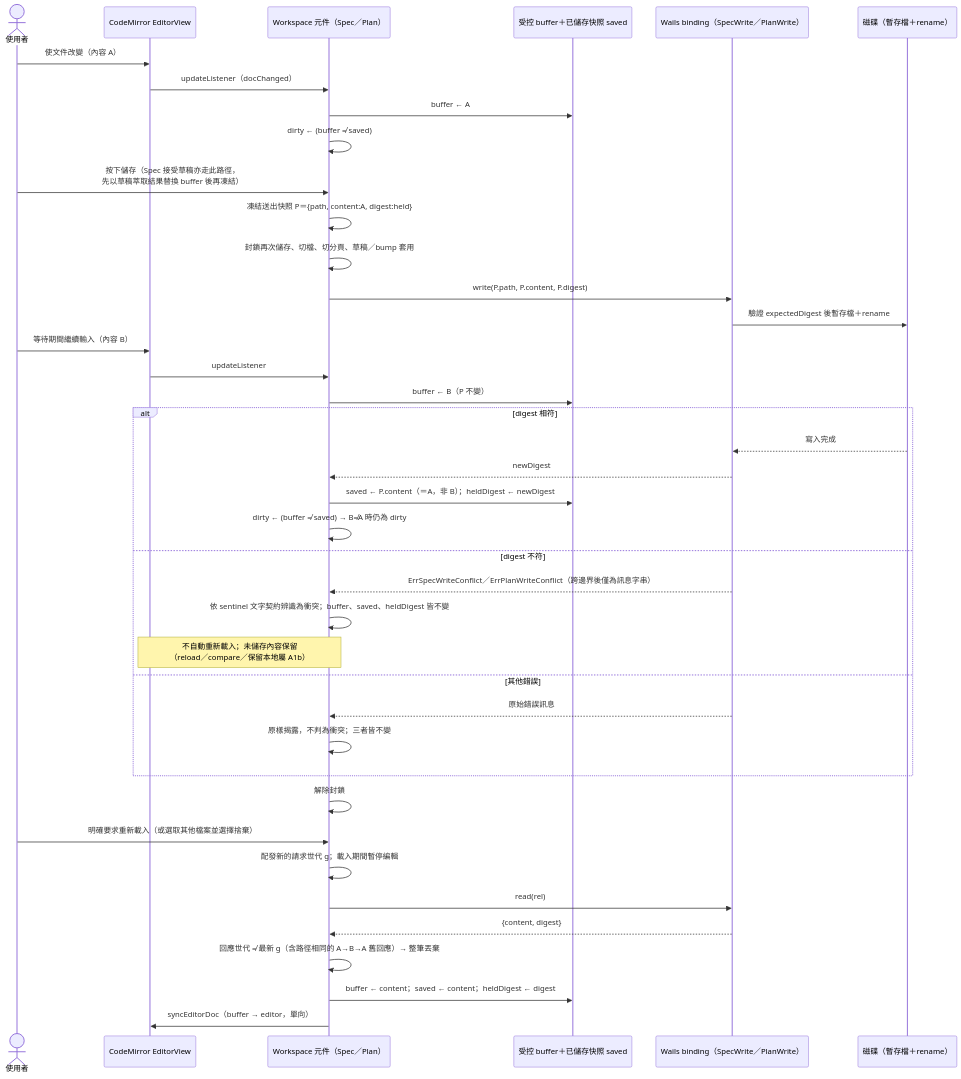
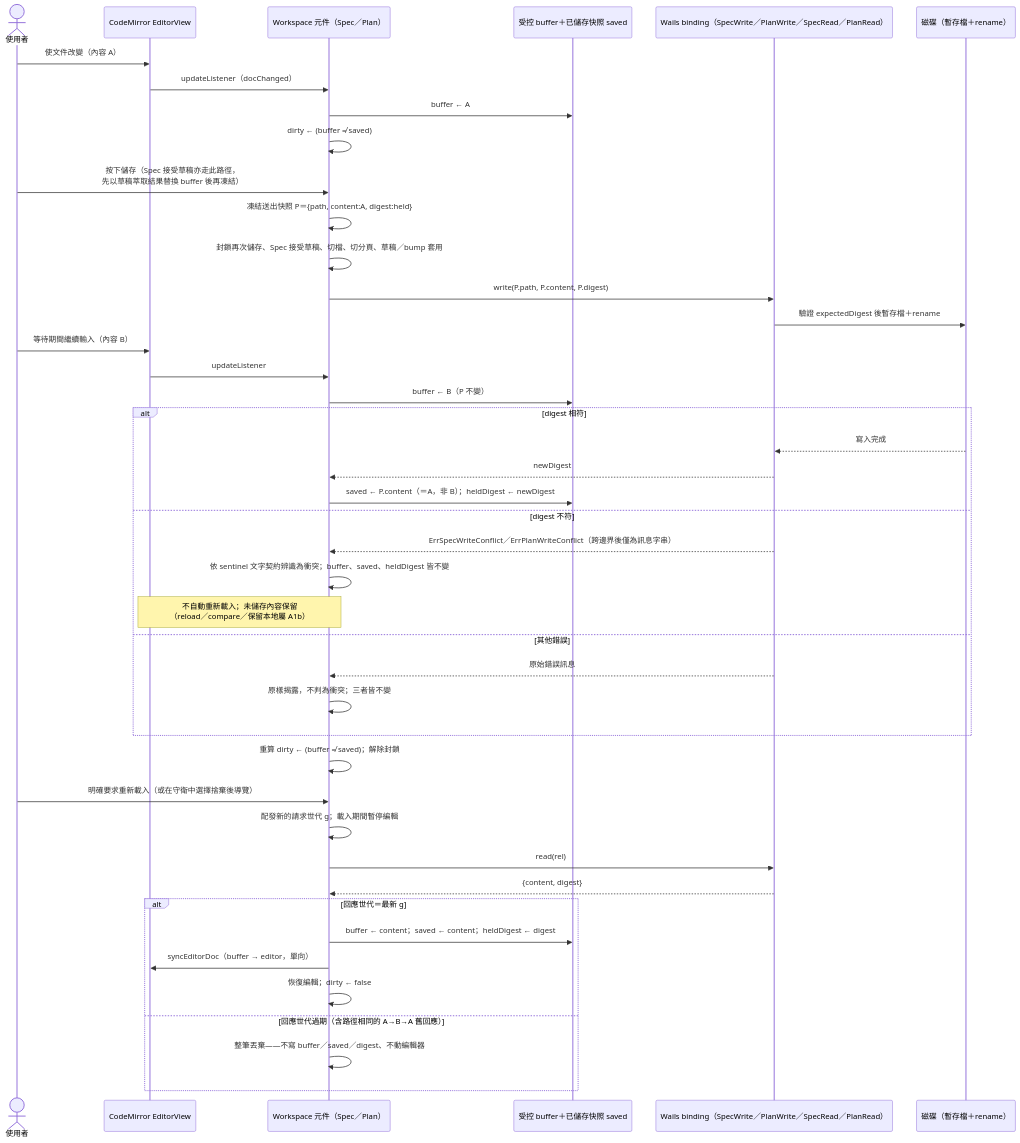
Before and after one commit to slam0504/ai-software-engineering: the diagram in docs/architecture/diagrams/a1a-seq-save.mmd, drawn with Mermaid. The commit also changed 4 other files, not shown here.

First line of the commit message:
docs(a1a): rev4 窄幅修正——bump 兩層規則與專屬訊息、兩張圖與契約對齊、D6 撤除舊數字；backlog rev31 回填核定估點

```diff
--- a/docs/architecture/diagrams/a1a-seq-save.mmd
+++ b/docs/architecture/diagrams/a1a-seq-save.mmd
@@ -1,47 +1,50 @@
 sequenceDiagram
-  %% A1a rev3：真實輸入 → 儲存（含等待期間繼續輸入）→ 衝突分支 → 重新載入（請求世代）
+  %% A1a rev4：真實輸入 → 儲存（含等待期間繼續輸入）→ 衝突分支 → 重新載入（請求世代）
   %% Spec acceptDraft 走同一條寫入路徑：先以草稿萃取結果替換 buffer，該內容即為送出快照 P
   actor U as 使用者
   participant CM as CodeMirror EditorView
   participant C as Workspace 元件（Spec／Plan）
   participant B as 受控 buffer＋已儲存快照 saved
-  participant W as Wails binding（SpecWrite／PlanWrite）
+  participant W as Wails binding（SpecWrite／PlanWrite／SpecRead／PlanRead）
   participant FS as 磁碟（暫存檔＋rename）
 
   U->>CM: 使文件改變（內容 A）
   CM->>C: updateListener（docChanged）
   C->>B: buffer ← A
   C->>C: dirty ← (buffer ≠ saved)
 
   U->>C: 按下儲存（Spec 接受草稿亦走此路徑，<br/>先以草稿萃取結果替換 buffer 後再凍結）
   C->>C: 凍結送出快照 P＝{path, content:A, digest:held}
-  C->>C: 封鎖再次儲存、切檔、切分頁、草稿／bump 套用
+  C->>C: 封鎖再次儲存、Spec 接受草稿、切檔、切分頁、草稿／bump 套用
   C->>W: write(P.path, P.content, P.digest)
   W->>FS: 驗證 expectedDigest 後暫存檔＋rename
 
   U->>CM: 等待期間繼續輸入（內容 B）
   CM->>C: updateListener
   C->>B: buffer ← B（P 不變）
 
   alt digest 相符
     FS-->>W: 寫入完成
     W-->>C: newDigest
     C->>B: saved ← P.content（＝A，非 B）；heldDigest ← newDigest
-    C->>C: dirty ← (buffer ≠ saved) → B≠A 時仍為 dirty
   else digest 不符
     W-->>C: ErrSpecWriteConflict／ErrPlanWriteConflict（跨邊界後僅為訊息字串）
     C->>C: 依 sentinel 文字契約辨識為衝突；buffer、saved、heldDigest 皆不變
     Note over C,CM: 不自動重新載入；未儲存內容保留<br/>（reload／compare／保留本地屬 A1b）
   else 其他錯誤
     W-->>C: 原始錯誤訊息
     C->>C: 原樣揭露，不判為衝突；三者皆不變
   end
-  C->>C: 解除封鎖
+  C->>C: 重算 dirty ← (buffer ≠ saved)；解除封鎖
 
-  U->>C: 明確要求重新載入（或選取其他檔案並選擇捨棄）
+  U->>C: 明確要求重新載入（或在守衛中選擇捨棄後導覽）
   C->>C: 配發新的請求世代 g；載入期間暫停編輯
   C->>W: read(rel)
   W-->>C: {content, digest}
-  C->>C: 回應世代 ≠ 最新 g（含路徑相同的 A→B→A 舊回應）→ 整筆丟棄
-  C->>B: buffer ← content；saved ← content；heldDigest ← digest
-  C->>CM: syncEditorDoc（buffer → editor，單向）
+  alt 回應世代＝最新 g
+    C->>B: buffer ← content；saved ← content；heldDigest ← digest
+    C->>CM: syncEditorDoc（buffer → editor，單向）
+    C->>C: 恢復編輯；dirty ← false
+  else 回應世代過期（含路徑相同的 A→B→A 舊回應）
+    C->>C: 整筆丟棄——不寫 buffer／saved／digest、不動編輯器
+  end
```
